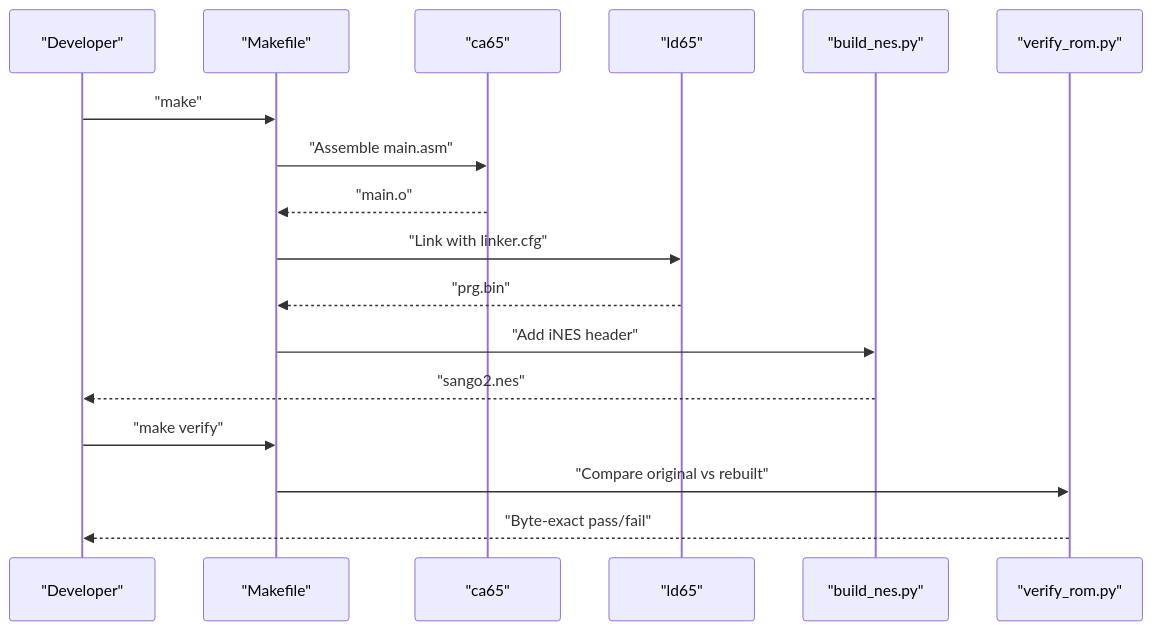
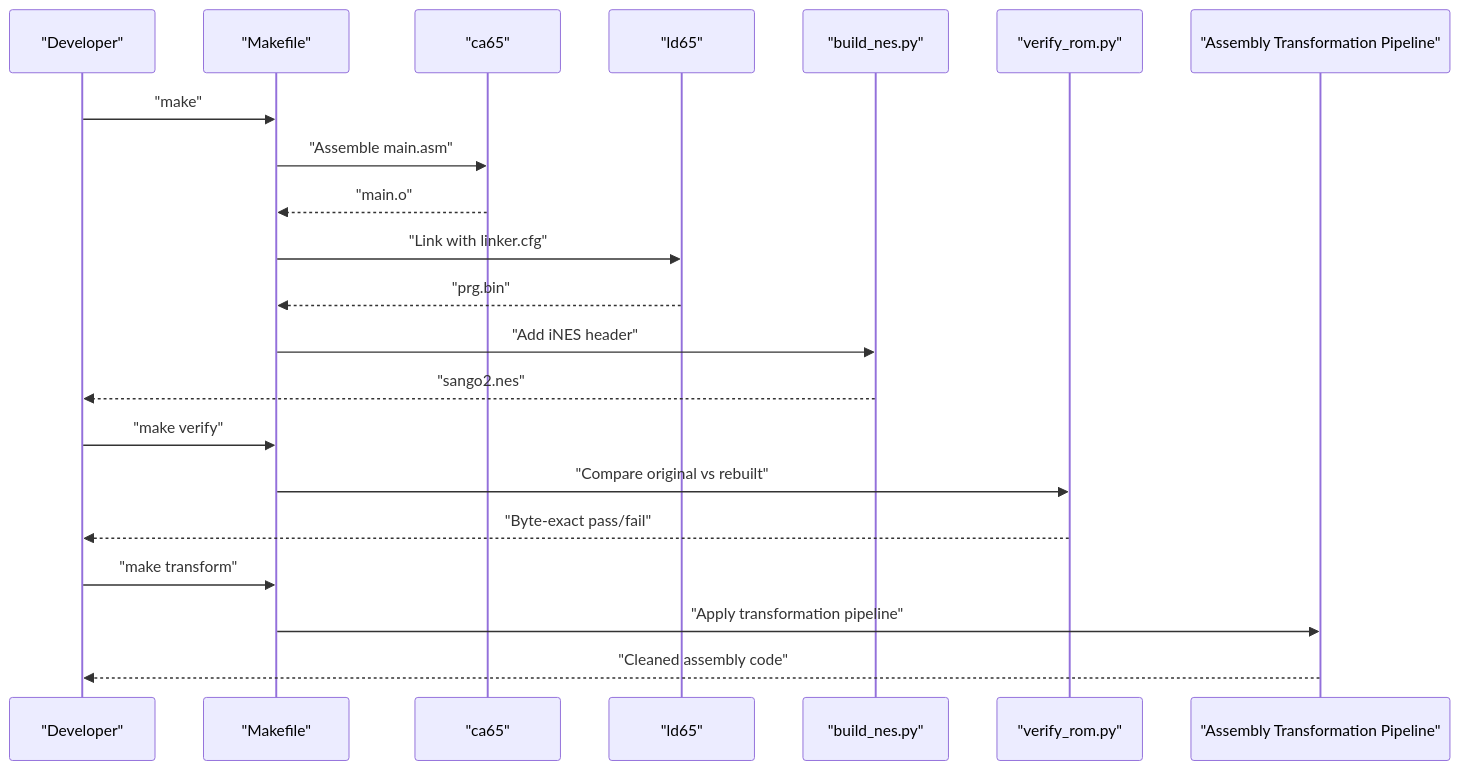
Before and after one commit to rabbyzero/sango2dasm: the second of 11 diagrams in .qoder/repowiki/en/content/Build System and Tools/Build System and Tools.md, drawn with Mermaid. The commit also changed other lines of this file and 8 other files, not shown here.

````diff
--- a/.qoder/repowiki/en/content/Build System and Tools/Build System and Tools.md
+++ b/.qoder/repowiki/en/content/Build System and Tools/Build System and Tools.md
@@ -156,19 +200,23 @@
 ```mermaid
 sequenceDiagram
 participant Dev as "Developer"
 participant MK as "Makefile"
 participant CA as "ca65"
 participant LD as "ld65"
 participant BN as "build_nes.py"
 participant VR as "verify_rom.py"
+participant TP as "Assembly Transformation Pipeline"
 Dev->>MK : "make"
 MK->>CA : "Assemble main.asm"
 CA-->>MK : "main.o"
 MK->>LD : "Link with linker.cfg"
 LD-->>MK : "prg.bin"
 MK->>BN : "Add iNES header"
 BN-->>Dev : "sango2.nes"
 Dev->>MK : "make verify"
 MK->>VR : "Compare original vs rebuilt"
 VR-->>Dev : "Byte-exact pass/fail"
+Dev->>MK : "make transform"
+MK->>TP : "Apply transformation pipeline"
+TP-->>Dev : "Cleaned assembly code"
 ```
````
